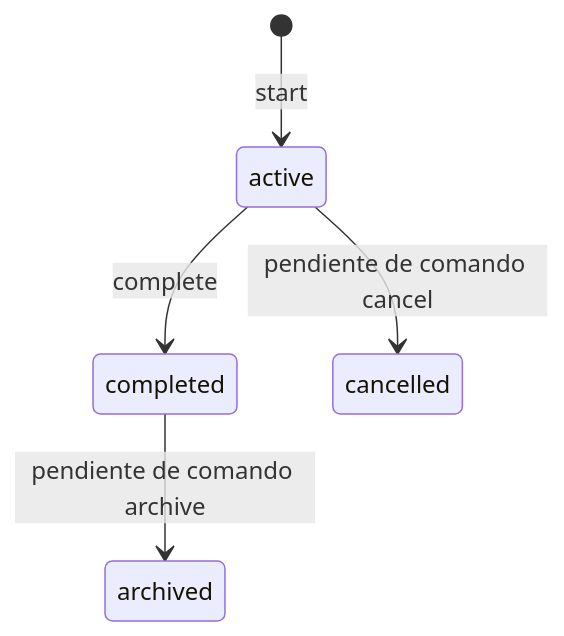
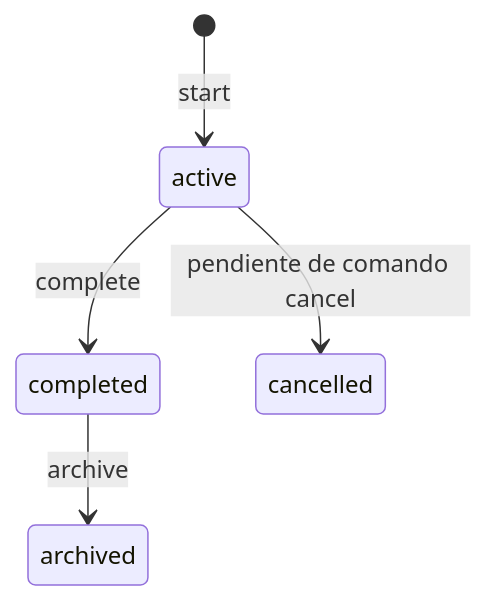
One commit to matiasezequieldimuro/ssd-workflow changed the sixth of 15 diagrams in docs/9-guia-tecnica-cli.md. Above: the diagram before and after it, drawn with Mermaid. The commit also changed other lines of this file and 25 other files, not shown here.

````diff
--- a/docs/9-guia-tecnica-cli.md
+++ b/docs/9-guia-tecnica-cli.md
@@ -957,7 +1006,7 @@
 ```mermaid
 stateDiagram-v2
     [*] --> active: start
     active --> completed: complete
-    completed --> archived: pendiente de comando archive
+    completed --> archived: archive
     active --> cancelled: pendiente de comando cancel
 ```
````
